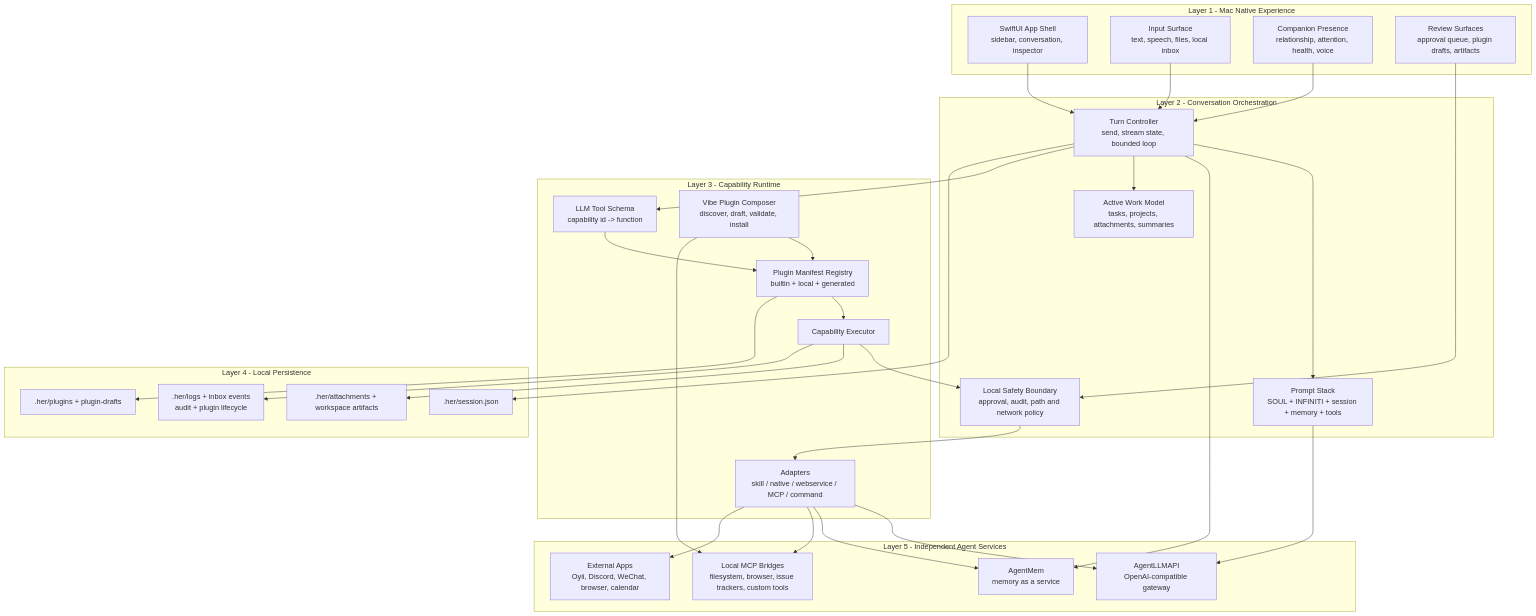
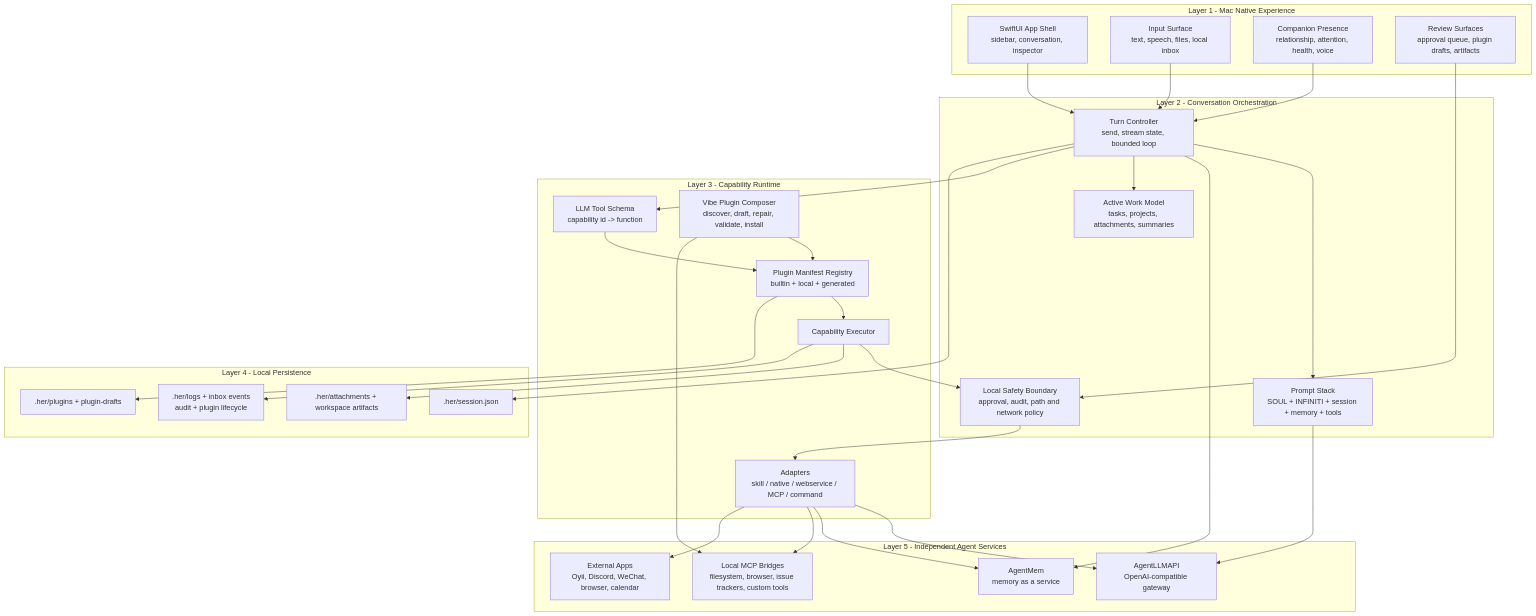
Before and after one commit to stelee410/her-desktop: the second of 7 diagrams in docs/her-desktop-architecture.md, drawn with Mermaid. The commit also changed other lines of this file and 5 other files, not shown here.

Commit message:
Repair invalid AI plugin drafts

````diff
--- a/docs/her-desktop-architecture.md
+++ b/docs/her-desktop-architecture.md
@@ -154,62 +155,62 @@
 ```mermaid
 flowchart TB
     subgraph L1["Layer 1 - Mac Native Experience"]
         shell["SwiftUI App Shell<br/>sidebar, conversation, inspector"]
         input["Input Surface<br/>text, speech, files, local inbox"]
         presence2["Companion Presence<br/>relationship, attention, health, voice"]
         review["Review Surfaces<br/>approval queue, plugin drafts, artifacts"]
     end
 
     subgraph L2["Layer 2 - Conversation Orchestration"]
         turn["Turn Controller<br/>send, stream state, bounded loop"]
         prompt2["Prompt Stack<br/>SOUL + INFINITI + session + memory + tools"]
         work["Active Work Model<br/>tasks, projects, attachments, summaries"]
         safety["Local Safety Boundary<br/>approval, audit, path and network policy"]
     end
 
     subgraph L3["Layer 3 - Capability Runtime"]
         manifest["Plugin Manifest Registry<br/>builtin + local + generated"]
         tools2["LLM Tool Schema<br/>capability id -> function"]
         exec2["Capability Executor"]
         adapters["Adapters<br/>skill / native / webservice / MCP / command"]
-        composer["Vibe Plugin Composer<br/>discover, draft, validate, install"]
+        composer["Vibe Plugin Composer<br/>discover, draft, repair, validate, install"]
     end
 
     subgraph L4["Layer 4 - Local Persistence"]
         localSession[".her/session.json"]
         localPlugins[".her/plugins + plugin-drafts"]
         localData[".her/attachments + workspace artifacts"]
         localAudit[".her/logs + inbox events<br/>audit + plugin lifecycle"]
     end
 
     subgraph L5["Layer 5 - Independent Agent Services"]
         llm["AgentLLMAPI<br/>OpenAI-compatible gateway"]
         mem["AgentMem<br/>memory as a service"]
         mcpBridge["Local MCP Bridges<br/>filesystem, browser, issue trackers, custom tools"]
         externalApps["External Apps<br/>Oyii, Discord, WeChat, browser, calendar"]
     end
 
     shell --> turn
     input --> turn
     presence2 --> turn
     review --> safety
 
     turn --> prompt2
     prompt2 --> llm
     turn --> mem
     turn --> work
     turn --> tools2
 
     tools2 --> manifest --> exec2 --> safety --> adapters
     composer --> manifest
     composer --> mcpBridge
     adapters --> llm
     adapters --> mem
     adapters --> mcpBridge
     adapters --> externalApps
 
     turn --> localSession
     manifest --> localPlugins
     exec2 --> localData
     exec2 --> localAudit
 ```
````
